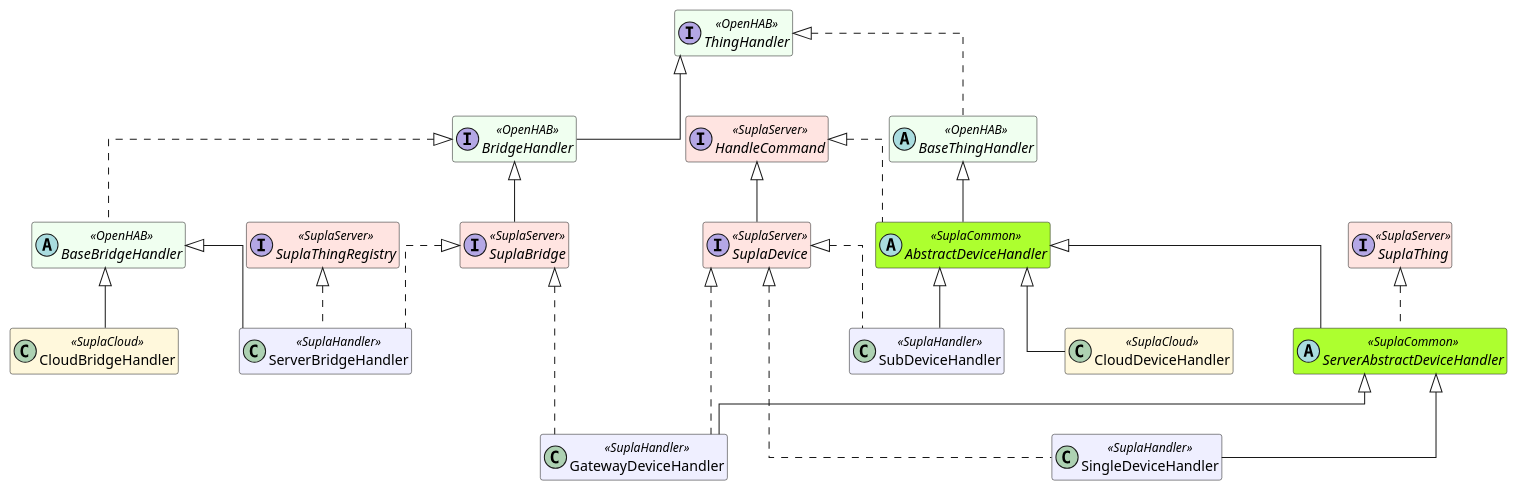
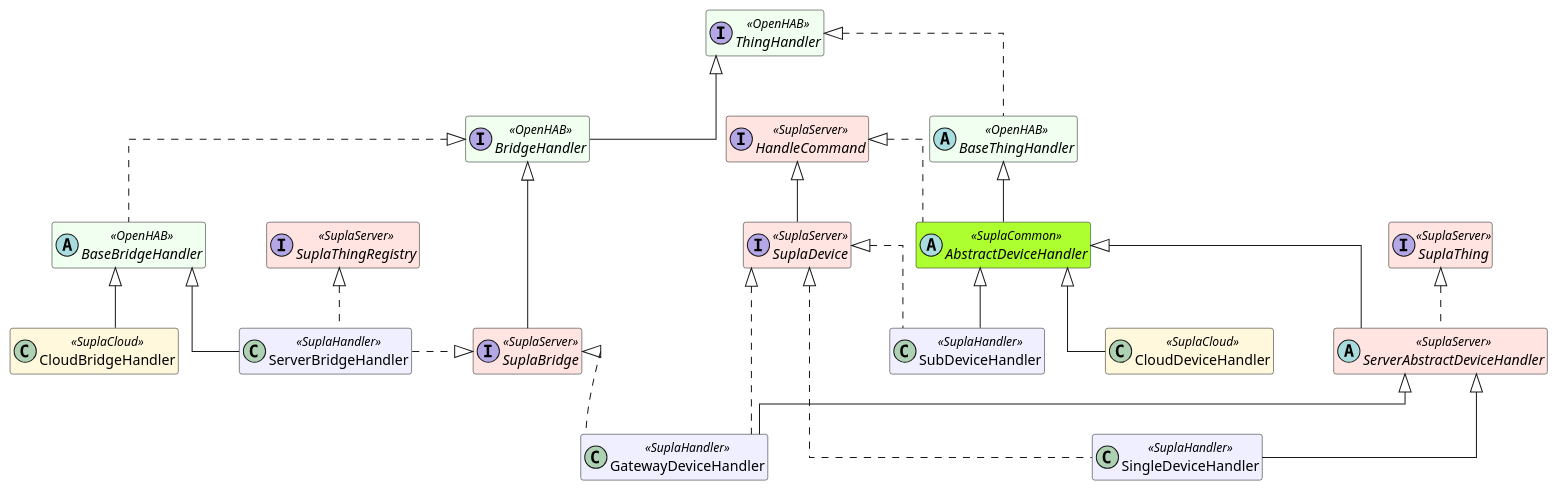
One commit to magx2/openhab-supla changed the diagram in puml/handler-inheritance.puml. Above: the diagram before and after it, drawn with PlantUML.

```diff
--- a/puml/handler-inheritance.puml
+++ b/puml/handler-inheritance.puml
@@ -1,70 +1,70 @@
 @startuml
 skinparam classAttributeIconSize 0
 skinparam linetype ortho
 skinparam nodesep 60
 skinparam ranksep 60
 hide empty members
 
 ' Keep the most-shared abstractions visually at the top
 top to bottom direction
 
 skinparam class {
 BackgroundColor<<OpenHAB>> HoneyDew
 BackgroundColor<<SuplaCloud>> Cornsilk
 BackgroundColor<<SuplaServer>> MistyRose
 BackgroundColor<<SuplaHandler>> Motivation
 BackgroundColor<<SuplaCommon>> GreenYellow
 }
 
 ' Anchor heavily used OpenHAB and Supla abstractions on the top rank
 interface ThingHandler <<OpenHAB>>
 interface BridgeHandler <<OpenHAB>>
 abstract class BaseThingHandler <<OpenHAB>>
 abstract class BaseBridgeHandler <<OpenHAB>>
 
 abstract class AbstractDeviceHandler <<SuplaCommon>>
-abstract class ServerAbstractDeviceHandler <<SuplaCommon>>
+abstract class ServerAbstractDeviceHandler <<SuplaServer>>
 
 interface HandleCommand <<SuplaServer>>
 interface SuplaDevice <<SuplaServer>>
 interface SuplaThing <<SuplaServer>>
 interface SuplaThingRegistry <<SuplaServer>>
 interface SuplaBridge <<SuplaServer>>
 
 class GatewayDeviceHandler <<SuplaHandler>>
 class SingleDeviceHandler <<SuplaHandler>>
 class SubDeviceHandler <<SuplaHandler>>
 class ServerBridgeHandler <<SuplaHandler>>
 
 class CloudBridgeHandler <<SuplaCloud>>
 class CloudDeviceHandler <<SuplaCloud>>
 
 ' OpenHAB core relationships
 ThingHandler <|.. BaseThingHandler
 ThingHandler <|-- BridgeHandler
 BridgeHandler <|.. BaseBridgeHandler
 
 ' Device handler relationships
 BaseThingHandler <|-- AbstractDeviceHandler
 AbstractDeviceHandler <|-- ServerAbstractDeviceHandler
 AbstractDeviceHandler <|-- SubDeviceHandler
 AbstractDeviceHandler <|-- CloudDeviceHandler
 ServerAbstractDeviceHandler <|-- GatewayDeviceHandler
 ServerAbstractDeviceHandler <|-- SingleDeviceHandler
 
 ' Supla trait implementations (device side)
 HandleCommand <|.. AbstractDeviceHandler
 HandleCommand <|-- SuplaDevice
 SuplaDevice <|.. SubDeviceHandler
 SuplaDevice <|.. SingleDeviceHandler
 SuplaDevice <|.. GatewayDeviceHandler
 SuplaThing <|.. ServerAbstractDeviceHandler
 
 ' Bridge handler relationships
 BaseBridgeHandler <|-- CloudBridgeHandler
 BaseBridgeHandler <|-- ServerBridgeHandler
 BridgeHandler <|-- SuplaBridge
 SuplaBridge <|.. GatewayDeviceHandler
-SuplaBridge <|.. ServerBridgeHandler
+SuplaBridge <|.left. ServerBridgeHandler
 SuplaThingRegistry <|.. ServerBridgeHandler
 @enduml
```
